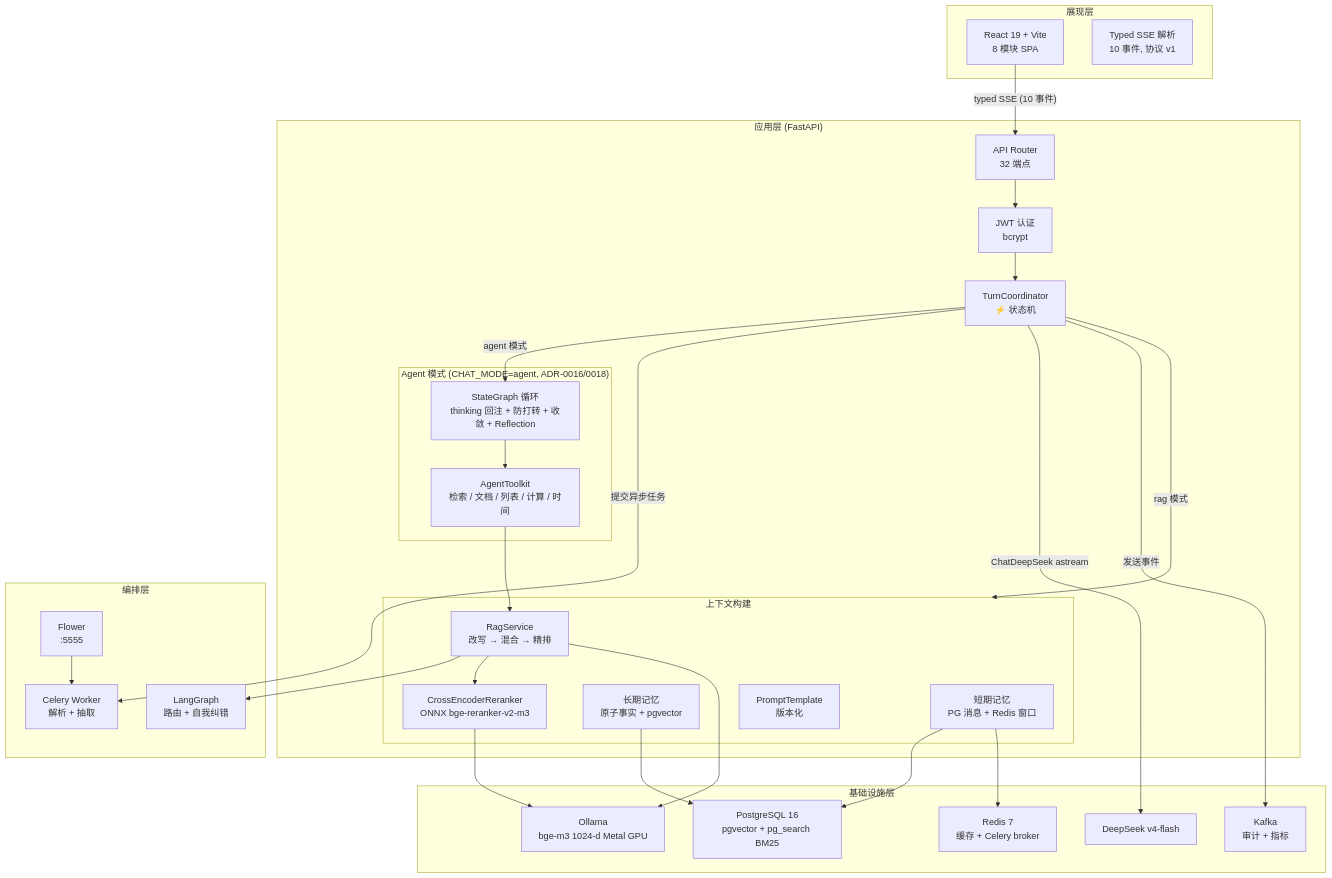
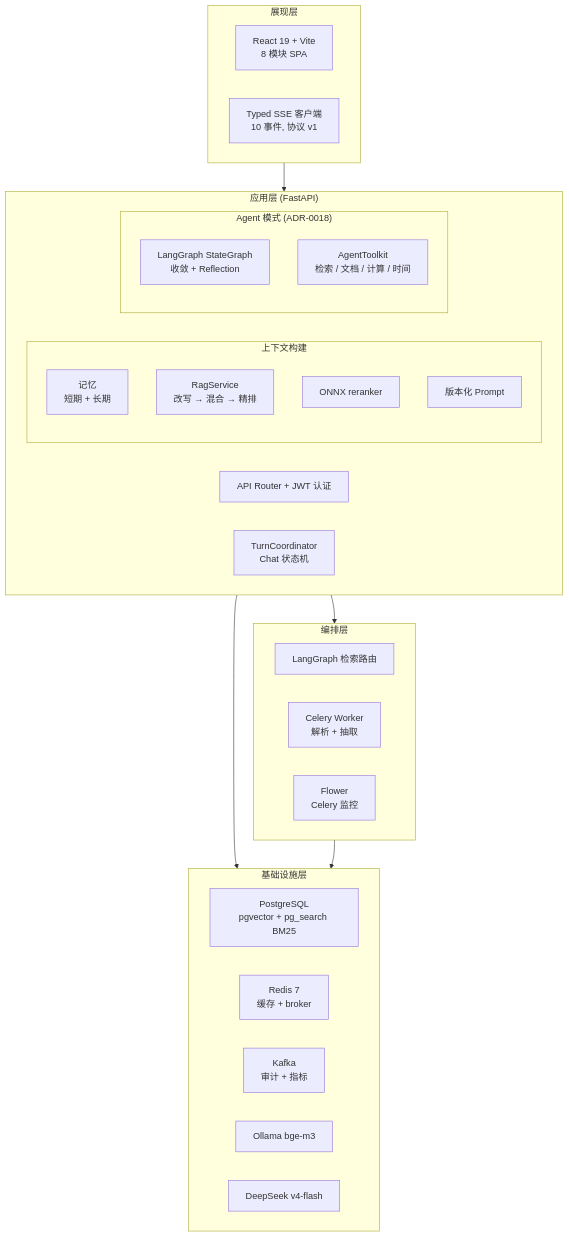
One commit to KevinDeng-0411/CodeAware changed the first of 5 diagrams in README.zh-CN.md. Above: the diagram before and after it, drawn with Mermaid. The commit also changed 4 other files, not shown here.

First line of the commit message:
docs: 精简系统分层架构图（保留 Flower）+ 本地启动 flower 监控

````diff
--- a/README.zh-CN.md
+++ b/README.zh-CN.md
@@ -140,59 +140,41 @@
 ```mermaid
 graph TB
     subgraph Presentation["展现层"]
         React["React 19 + Vite<br/>8 模块 SPA"]
-        SSE["Typed SSE 解析<br/>10 事件, 协议 v1"]
+        SSE["Typed SSE 客户端<br/>10 事件, 协议 v1"]
     end
 
     subgraph Application["应用层 (FastAPI)"]
-        Router["API Router<br/>32 端点"]
-        Auth["JWT 认证<br/>bcrypt"]
-        TC["TurnCoordinator<br/>⚡ 状态机"]
-
+        Router["API Router + JWT 认证"]
+        TC["TurnCoordinator<br/>Chat 状态机"]
         subgraph Context["上下文构建"]
-            STM["短期记忆<br/>PG 消息 + Redis 窗口"]
-            LTM["长期记忆<br/>原子事实 + pgvector"]
+            Mem["记忆<br/>短期 + 长期"]
             RAG["RagService<br/>改写 → 混合 → 精排"]
-            RR["CrossEncoderReranker<br/>ONNX bge-reranker-v2-m3"]
-            PT["PromptTemplate<br/>版本化"]
+            RR["ONNX reranker"]
+            PT["版本化 Prompt"]
         end
-
-        subgraph Agent["Agent 模式 (CHAT_MODE=agent, ADR-0016/0018)"]
-            RL["StateGraph 循环<br/>thinking 回注 + 防打转 + 收敛 + Reflection"]
-            AT["AgentToolkit<br/>检索 / 文档 / 列表 / 计算 / 时间"]
+        subgraph Agent["Agent 模式 (ADR-0018)"]
+            Loop["LangGraph StateGraph<br/>收敛 + Reflection"]
+            Tools["AgentToolkit<br/>检索 / 文档 / 计算 / 时间"]
         end
     end
 
     subgraph Orchestration["编排层"]
-        LG["LangGraph<br/>路由 + 自我纠错"]
+        LG["LangGraph 检索路由"]
         Celery["Celery Worker<br/>解析 + 抽取"]
-        Flower["Flower<br/>:5555"]
+        Flower["Flower<br/>Celery 监控"]
     end
 
     subgraph Infrastructure["基础设施层"]
-        PG["PostgreSQL 16<br/>pgvector + pg_search BM25"]
-        Redis["Redis 7<br/>缓存 + Celery broker"]
+        PG["PostgreSQL<br/>pgvector + pg_search BM25"]
+        Redis["Redis 7<br/>缓存 + broker"]
         Kafka["Kafka<br/>审计 + 指标"]
-        Ollama["Ollama<br/>bge-m3 1024-d Metal GPU"]
+        Ollama["Ollama bge-m3"]
         DS["DeepSeek v4-flash"]
     end
 
-    React -->|"typed SSE (10 事件)"| Router
-    Router --> Auth
-    Auth --> TC
-    TC -->|"rag 模式"| Context
-    TC -->|"agent 模式"| RL
-    RL --> AT
-    AT --> RAG
-    RAG --> LG
-    RAG --> RR
-    TC -->|"提交异步任务"| Celery
-    Flower --> Celery
-    STM --> PG
-    STM --> Redis
-    LTM --> PG
-    RR --> Ollama
-    RAG --> Ollama
-    TC -->|"ChatDeepSeek astream"| DS
-    TC -->|"发送事件"| Kafka
+    Presentation --> Application
+    Application --> Orchestration
+    Application --> Infrastructure
+    Orchestration --> Infrastructure
 ```
````
